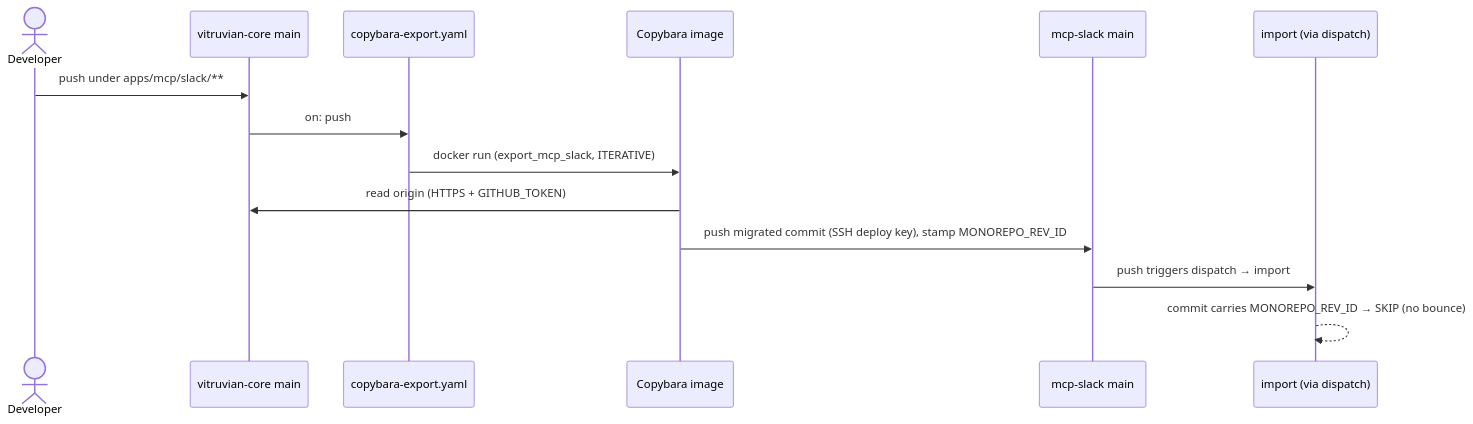
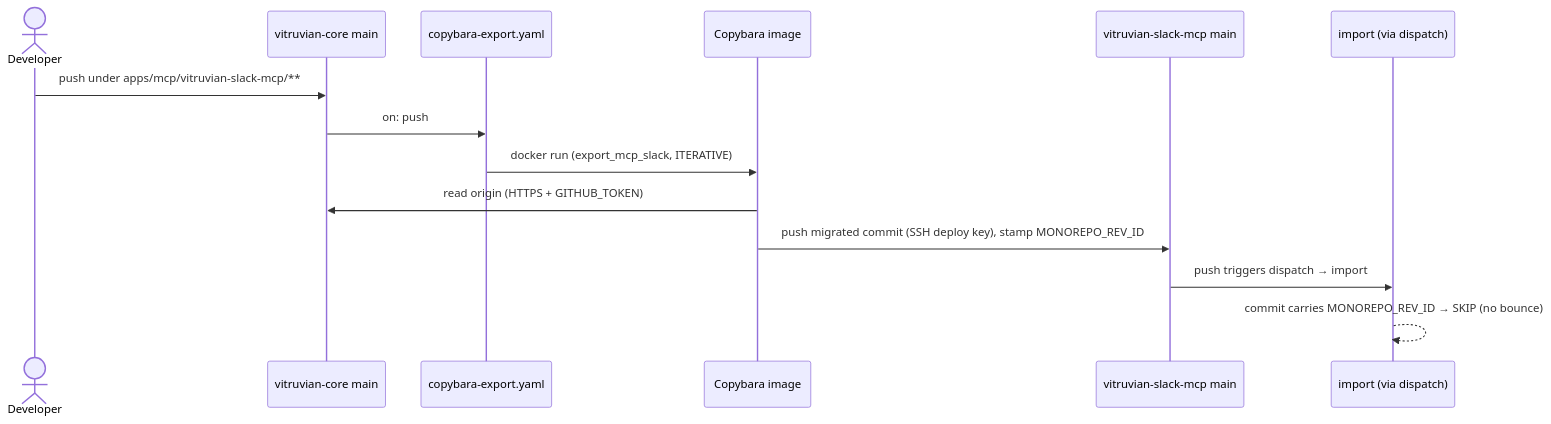
One commit to VitruvianSoftware/vitruvian-core changed the second of 7 diagrams in docs/admin/copybara-sync.md. Above: the diagram before and after it, drawn with Mermaid. The commit also changed other lines of this file and 108 other files, not shown here.

Commit message:
refactor(relay): rename Relay, Slack MCP and Roborock MCP to Vitruvian names

````diff
--- a/docs/admin/copybara-sync.md
+++ b/docs/admin/copybara-sync.md
@@ -115,16 +115,16 @@
 ```mermaid
 sequenceDiagram
     actor Dev as Developer
     participant VC as vitruvian-core main
     participant EXP as copybara-export.yaml
     participant CB as Copybara image
-    participant MS as mcp-slack main
+    participant MS as vitruvian-slack-mcp main
     participant IMP as import (via dispatch)
-    Dev->>VC: push under apps/mcp/slack/**
+    Dev->>VC: push under apps/mcp/vitruvian-slack-mcp/**
     VC->>EXP: on: push
     EXP->>CB: docker run (export_mcp_slack, ITERATIVE)
     CB->>VC: read origin (HTTPS + GITHUB_TOKEN)
     CB->>MS: push migrated commit (SSH deploy key), stamp MONOREPO_REV_ID
     MS->>IMP: push triggers dispatch → import
     IMP-->>IMP: commit carries MONOREPO_REV_ID → SKIP (no bounce)
 ```
````
